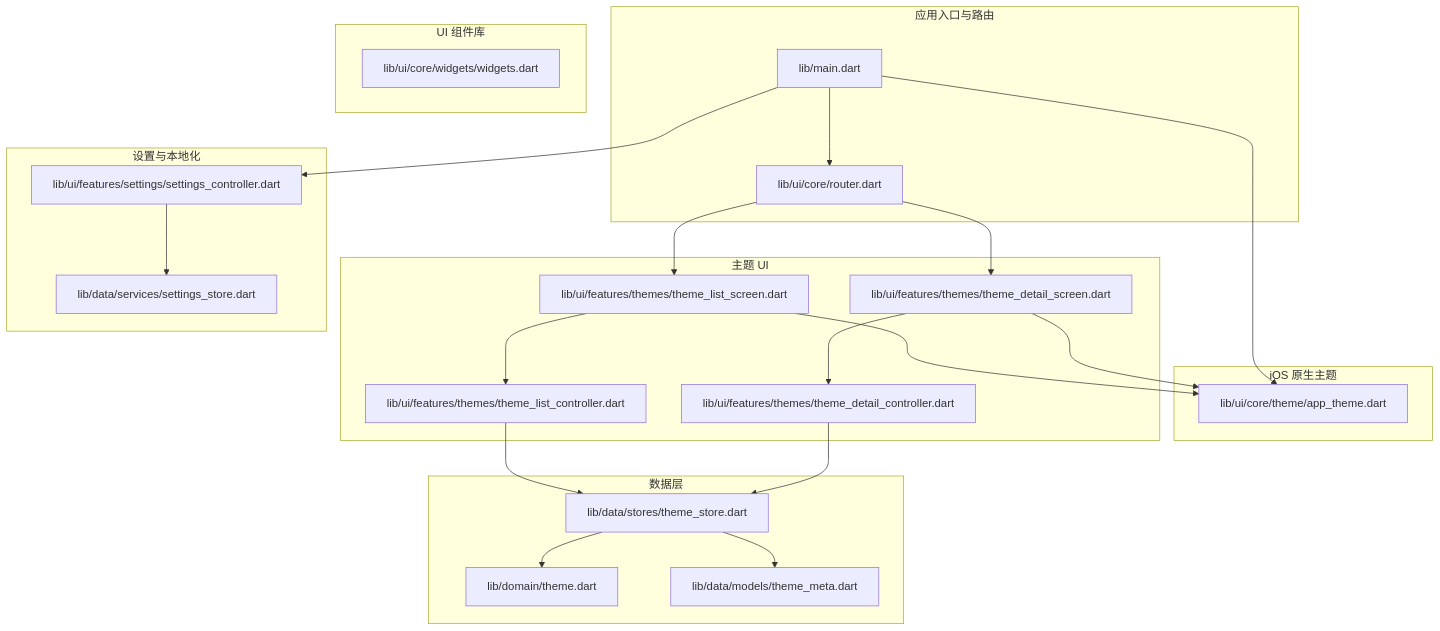
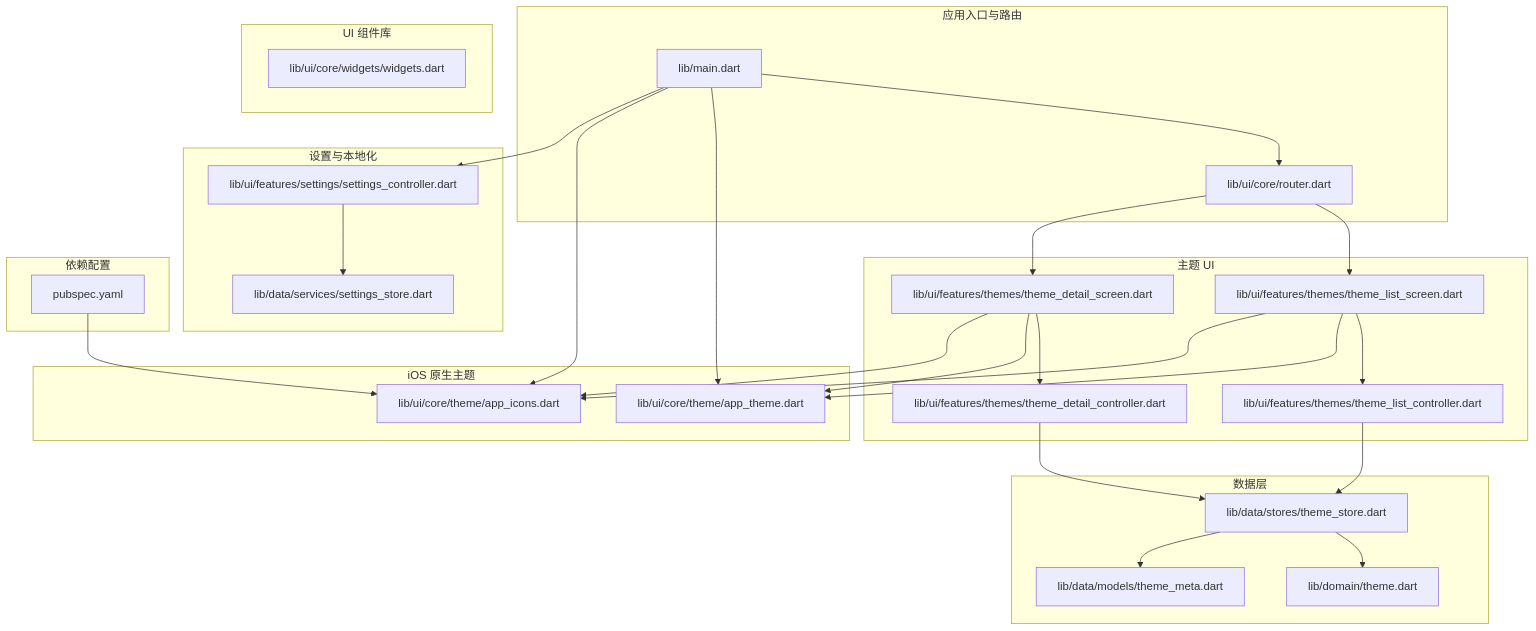
The first of 5 diagrams in .qoder/repowiki/zh/content/架构设计/UI 组件架构/主题系统.md (Ykworm/thktree), drawn with Mermaid before and after one commit. The commit also changed other lines of this file and 39 other files, not shown here.

````diff
--- a/.qoder/repowiki/zh/content/架构设计/UI 组件架构/主题系统.md
+++ b/.qoder/repowiki/zh/content/架构设计/UI 组件架构/主题系统.md
@@ -58,42 +63,50 @@
 ```mermaid
 graph TB
 subgraph "应用入口与路由"
 MAIN["lib/main.dart"]
 ROUTER["lib/ui/core/router.dart"]
 end
 subgraph "iOS 原生主题"
 APP_THEME["lib/ui/core/theme/app_theme.dart"]
+APP_ICONS["lib/ui/core/theme/app_icons.dart"]
 end
 subgraph "主题 UI"
 LIST_SCREEN["lib/ui/features/themes/theme_list_screen.dart"]
 DETAIL_SCREEN["lib/ui/features/themes/theme_detail_screen.dart"]
 LIST_CTRL["lib/ui/features/themes/theme_list_controller.dart"]
 DETAIL_CTRL["lib/ui/features/themes/theme_detail_controller.dart"]
 end
 subgraph "数据层"
 THEME_MODEL["lib/domain/theme.dart"]
 THEME_META["lib/data/models/theme_meta.dart"]
 THEME_STORE["lib/data/stores/theme_store.dart"]
 end
 subgraph "设置与本地化"
 SETTINGS_STORE["lib/data/services/settings_store.dart"]
 SETTINGS_CTRL["lib/ui/features/settings/settings_controller.dart"]
 end
 subgraph "UI 组件库"
 WIDGETS["lib/ui/core/widgets/widgets.dart"]
 end
+subgraph "依赖配置"
+PUBSPEC["pubspec.yaml"]
+end
 MAIN --> ROUTER
 MAIN --> APP_THEME
+MAIN --> APP_ICONS
 ROUTER --> LIST_SCREEN
 ROUTER --> DETAIL_SCREEN
 LIST_SCREEN --> LIST_CTRL
 DETAIL_SCREEN --> DETAIL_CTRL
 LIST_SCREEN --> APP_THEME
 DETAIL_SCREEN --> APP_THEME
+LIST_SCREEN --> APP_ICONS
+DETAIL_SCREEN --> APP_ICONS
 LIST_CTRL --> THEME_STORE
 DETAIL_CTRL --> THEME_STORE
 THEME_STORE --> THEME_MODEL
 THEME_STORE --> THEME_META
 MAIN --> SETTINGS_CTRL
 SETTINGS_CTRL --> SETTINGS_STORE
+PUBSPEC --> APP_ICONS
 ```
````
